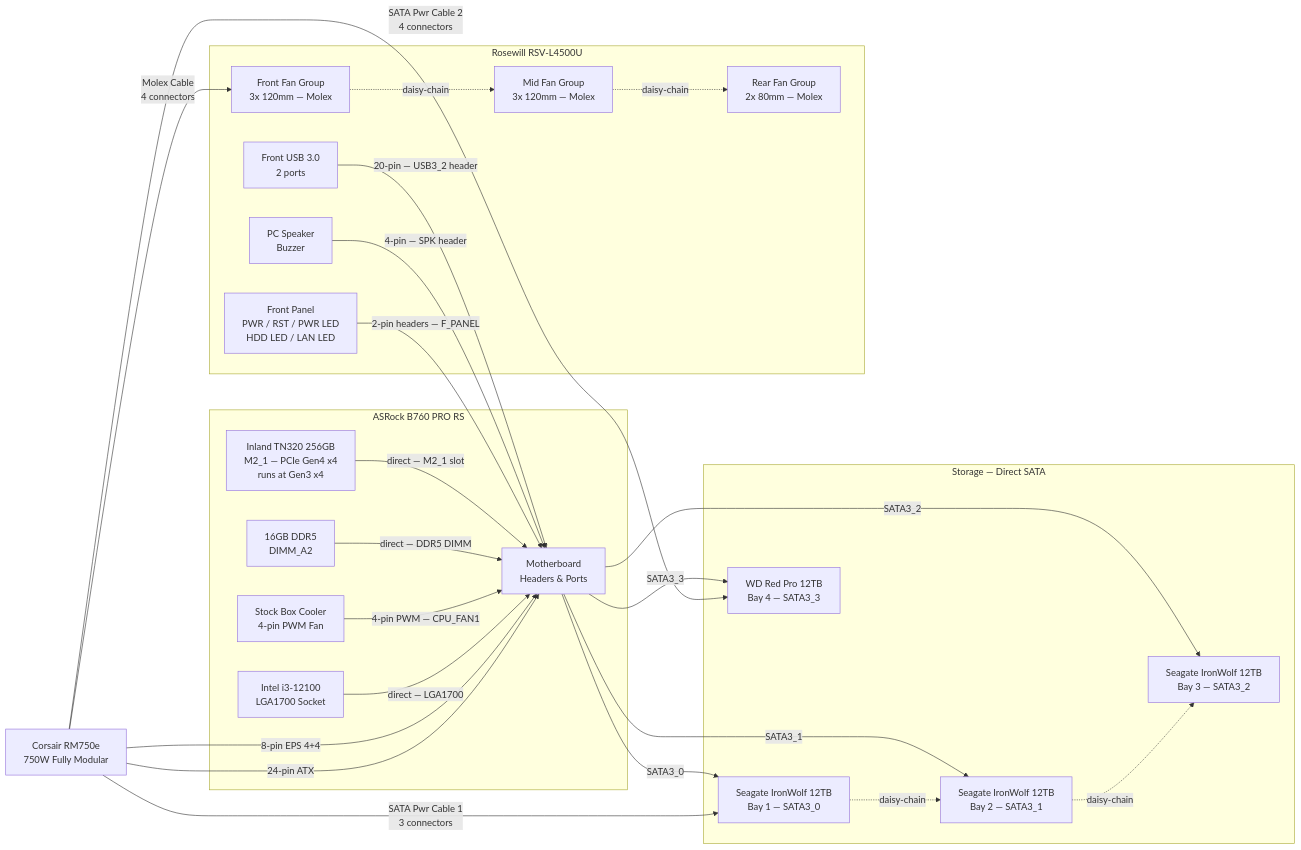
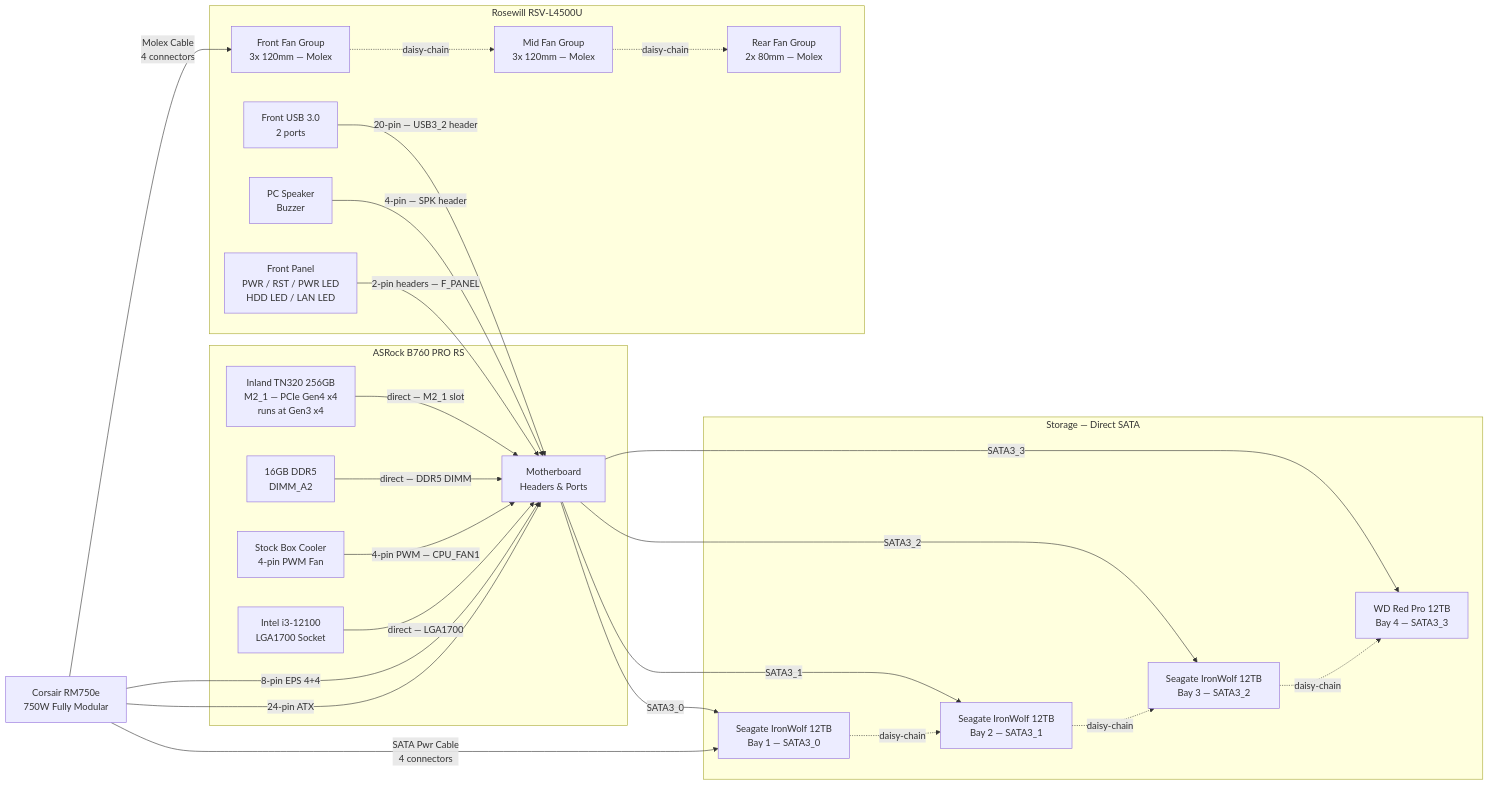
The first of 5 diagrams in WIRING.md (CHammerData/Home_Lab_Setup), drawn with Mermaid before and after one commit. The commit also changed other lines of this file, not shown here.

Commit message:
Simplify NAS SATA power — single 4-connector cable for all 4 drives

````diff
--- a/WIRING.md
+++ b/WIRING.md
@@ -15,56 +15,56 @@
 ```mermaid
 graph LR
     PSU["Corsair RM750e\n750W Fully Modular"]
 
     subgraph MB_SG["ASRock B760 PRO RS"]
         MB["Motherboard\nHeaders & Ports"]
         CPU["Intel i3-12100\nLGA1700 Socket"]
         COOLER["Stock Box Cooler\n4-pin PWM Fan"]
         RAM["16GB DDR5\nDIMM_A2"]
         SSD["Inland TN320 256GB\nM2_1 — PCIe Gen4 x4\nruns at Gen3 x4"]
     end
 
     subgraph HDDS["Storage — Direct SATA"]
         HDD1["Seagate IronWolf 12TB\nBay 1 — SATA3_0"]
         HDD2["Seagate IronWolf 12TB\nBay 2 — SATA3_1"]
         HDD3["Seagate IronWolf 12TB\nBay 3 — SATA3_2"]
         HDD4["WD Red Pro 12TB\nBay 4 — SATA3_3"]
     end
 
     subgraph CASE["Rosewill RSV-L4500U"]
         FG_F["Front Fan Group\n3x 120mm — Molex"]
         FG_M["Mid Fan Group\n3x 120mm — Molex"]
         FG_R["Rear Fan Group\n2x 80mm — Molex"]
         FP["Front Panel\nPWR / RST / PWR LED\nHDD LED / LAN LED"]
         SPK["PC Speaker\nBuzzer"]
         USB_FP["Front USB 3.0\n2 ports"]
     end
 
     %% ── POWER ───────────────────────────────────────────────────
     PSU -->|"24-pin ATX"| MB
     PSU -->|"8-pin EPS 4+4"| MB
-    PSU -->|"SATA Pwr Cable 1\n3 connectors"| HDD1
+    PSU -->|"SATA Pwr Cable\n4 connectors"| HDD1
     HDD1 -.->|"daisy-chain"| HDD2
     HDD2 -.->|"daisy-chain"| HDD3
-    PSU -->|"SATA Pwr Cable 2\n4 connectors"| HDD4
+    HDD3 -.->|"daisy-chain"| HDD4
     PSU -->|"Molex Cable\n4 connectors"| FG_F
     FG_F -.->|"daisy-chain"| FG_M
     FG_M -.->|"daisy-chain"| FG_R
 
     %% ── CPU / COOLER / RAM / SSD ─────────────────────────────────
     CPU -->|"direct — LGA1700"| MB
     COOLER -->|"4-pin PWM — CPU_FAN1"| MB
     RAM -->|"direct — DDR5 DIMM"| MB
     SSD -->|"direct — M2_1 slot"| MB
 
     %% ── SATA DATA ────────────────────────────────────────────────
     MB -->|"SATA3_0"| HDD1
     MB -->|"SATA3_1"| HDD2
     MB -->|"SATA3_2"| HDD3
     MB -->|"SATA3_3"| HDD4
 
     %% ── FRONT PANEL ──────────────────────────────────────────────
     FP -->|"2-pin headers — F_PANEL"| MB
     SPK -->|"4-pin — SPK header"| MB
     USB_FP -->|"20-pin — USB3_2 header"| MB
 ```
````
